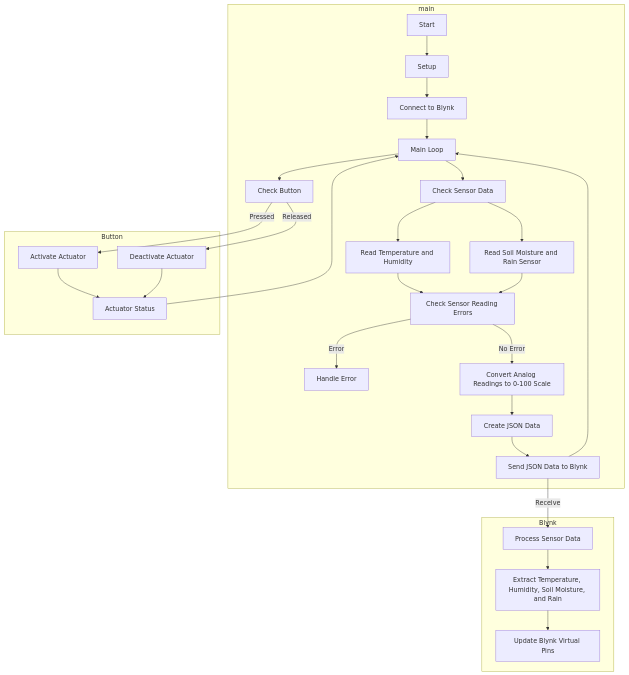
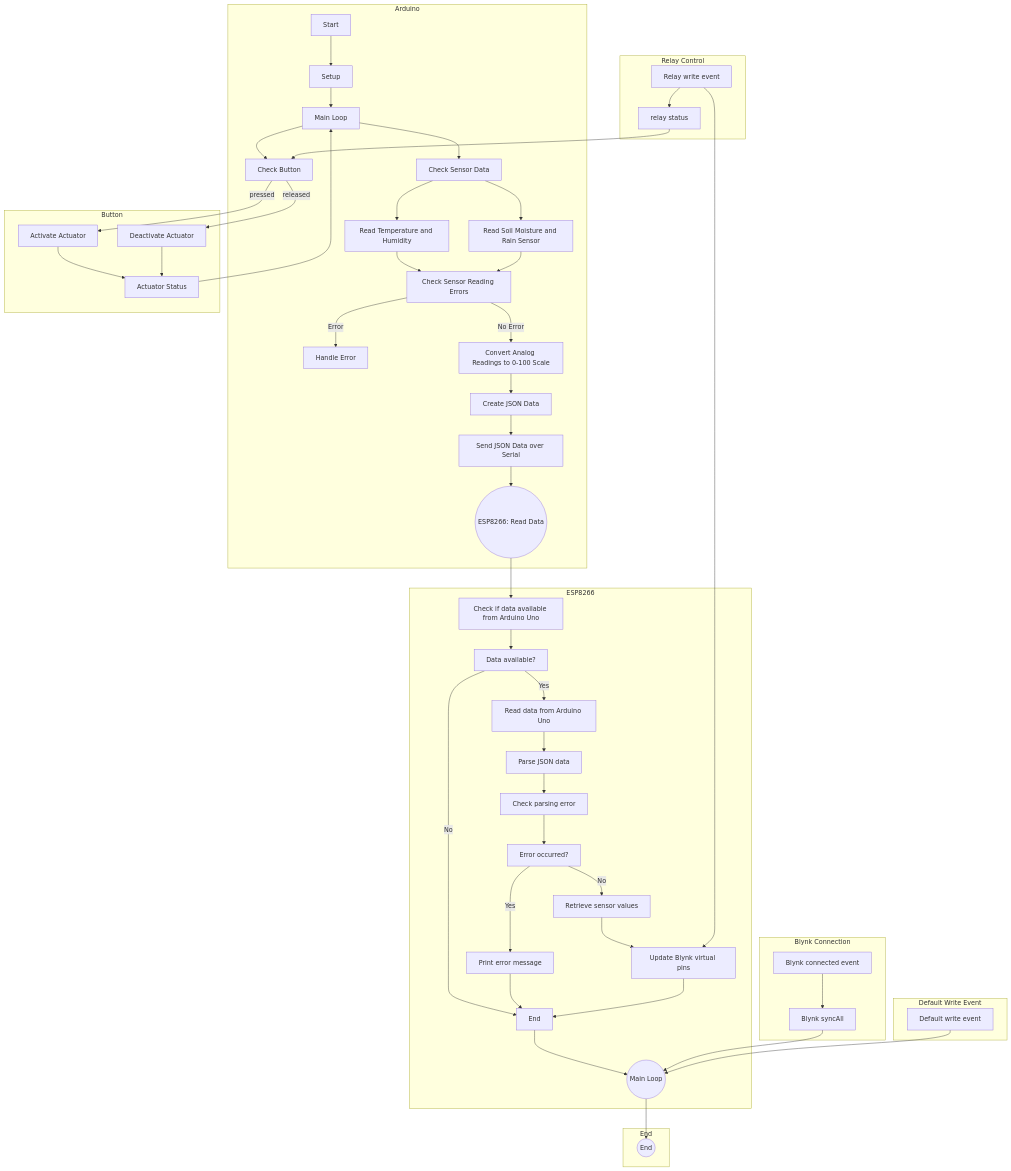
Before and after one commit to 1999AZZAR/Smart-Irrigation-System: the diagram in code/advance/readme.md, drawn with Mermaid. The commit also changed other lines of this file, not shown here.

````diff
--- a/code/advance/readme.md
+++ b/code/advance/readme.md
@@ -38,34 +39,66 @@
 ```mermaid
 graph TD
 
-subgraph main
+subgraph Arduino
 A[Start] --> B[Setup]
-B --> C[Connect to Blynk]
-C --> D[Main Loop]
-D --> E[Check Button]
-D --> F[Check Sensor Data]
-F --> G[Read Temperature and Humidity]
-G --> I[Check Sensor Reading Errors]
-F --> H[Read Soil Moisture and Rain Sensor]
-H --> I
-I -- Error --> J[Handle Error]
-I -- No Error --> K[Convert Analog Readings to 0-100 Scale]
-K --> L[Create JSON Data]
-L --> M[Send JSON Data to Blynk]
-M --> D
+B --> C[Main Loop]
+C --> D[Check Button]
+C --> E[Check Sensor Data]
+E --> F[Read Temperature and Humidity]
+F --> H[Check Sensor Reading Errors]
+E --> G[Read Soil Moisture and Rain Sensor]
+G --> H
+H -- Error --> I[Handle Error]
+H -- No Error --> J[Convert Analog Readings to 0-100 Scale]
+J --> K[Create JSON Data]
+K --> L[Send JSON Data over Serial]
+L --> op9((ESP8266: Read Data))
+end
+
+subgraph ESP8266
+op9 --> op10[Check if data available from Arduino Uno]
+cond1[Data available?]
+op10 --> cond1
+cond1 -- Yes --> op11[Read data from Arduino Uno]
+op11 --> op12[Parse JSON data]
+cond1 -- No --> op13[End]
+op12 --> op14[Check parsing error]
+cond2[Error occurred?]
+op14 --> cond2
+cond2 -- Yes --> op15[Print error message]
+cond2 -- No --> op16[Retrieve sensor values]
+op16 --> op17[Update Blynk virtual pins]
+op15 --> op13
+op17 --> op13
+op13 --> op8((Main Loop))
+end
+
+subgraph Relay Control
+op19[Relay write event] --> op18[relay status]
+op19 --> op17
 end
 
 subgraph Button
-E -- Pressed --> N[Activate Actuator]
-E -- Released --> O[Deactivate Actuator]
-N --> P[Actuator Status]
-O --> P
-P --> D
+D -- pressed --> M[Activate Actuator]
+D -- released --> N[Deactivate Actuator]
+M --> O[Actuator Status]
+N --> O
+O --> C
 end
 
-subgraph Blynk
-M -- Receive --> Q[Process Sensor Data]
-Q --> R[Extract Temperature, Humidity, Soil Moisture, and Rain]
-R --> S[Update Blynk Virtual Pins]
+subgraph Blynk Connection
+op20[Blynk connected event] --> op21[Blynk syncAll]
+op21 --> op8
 end
+
+subgraph Default Write Event
+op22[Default write event] --> op8
+end
+
+subgraph End
+e((End))
+end
+
+op18 --> D
+op8 --> e
 ```
````
